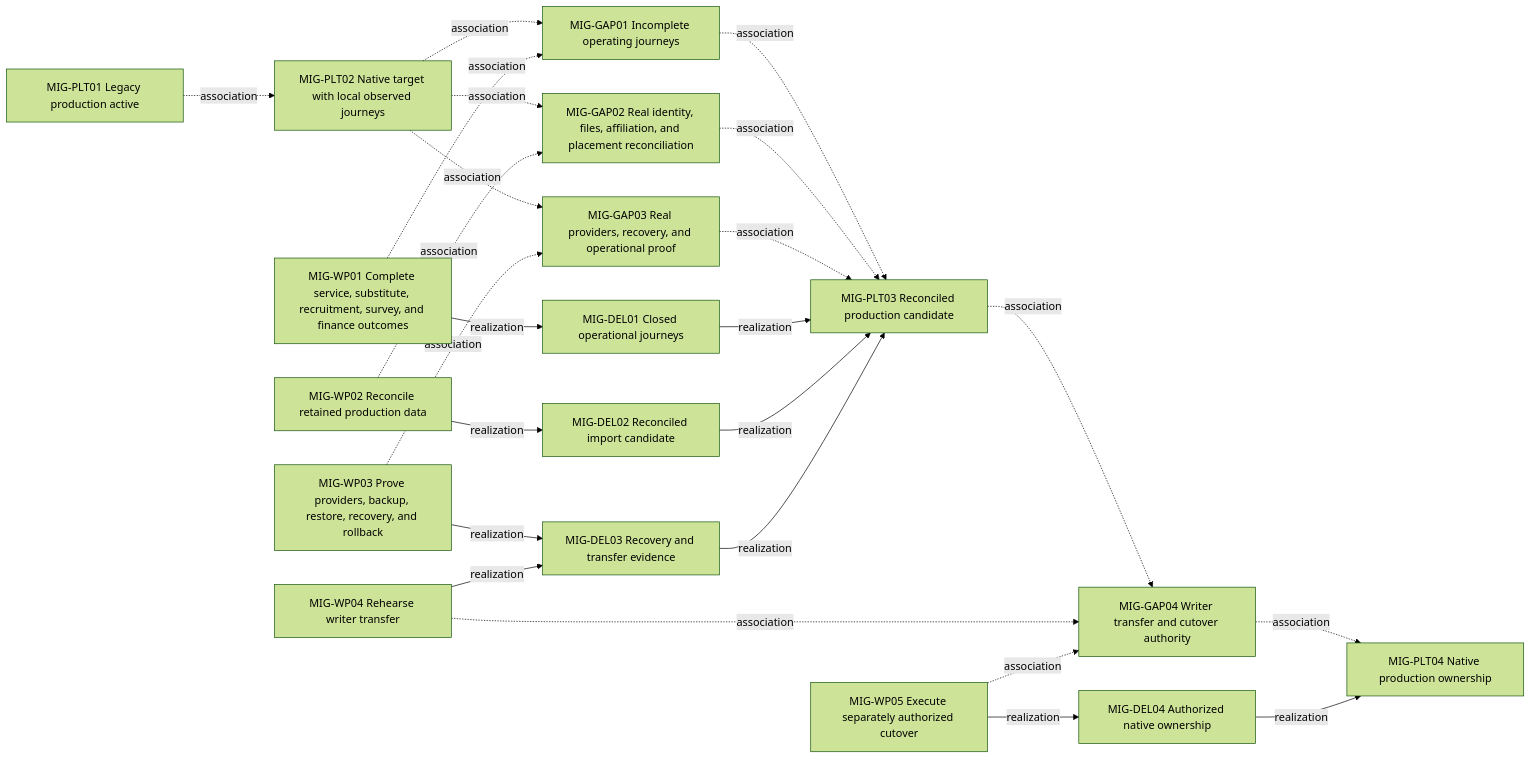
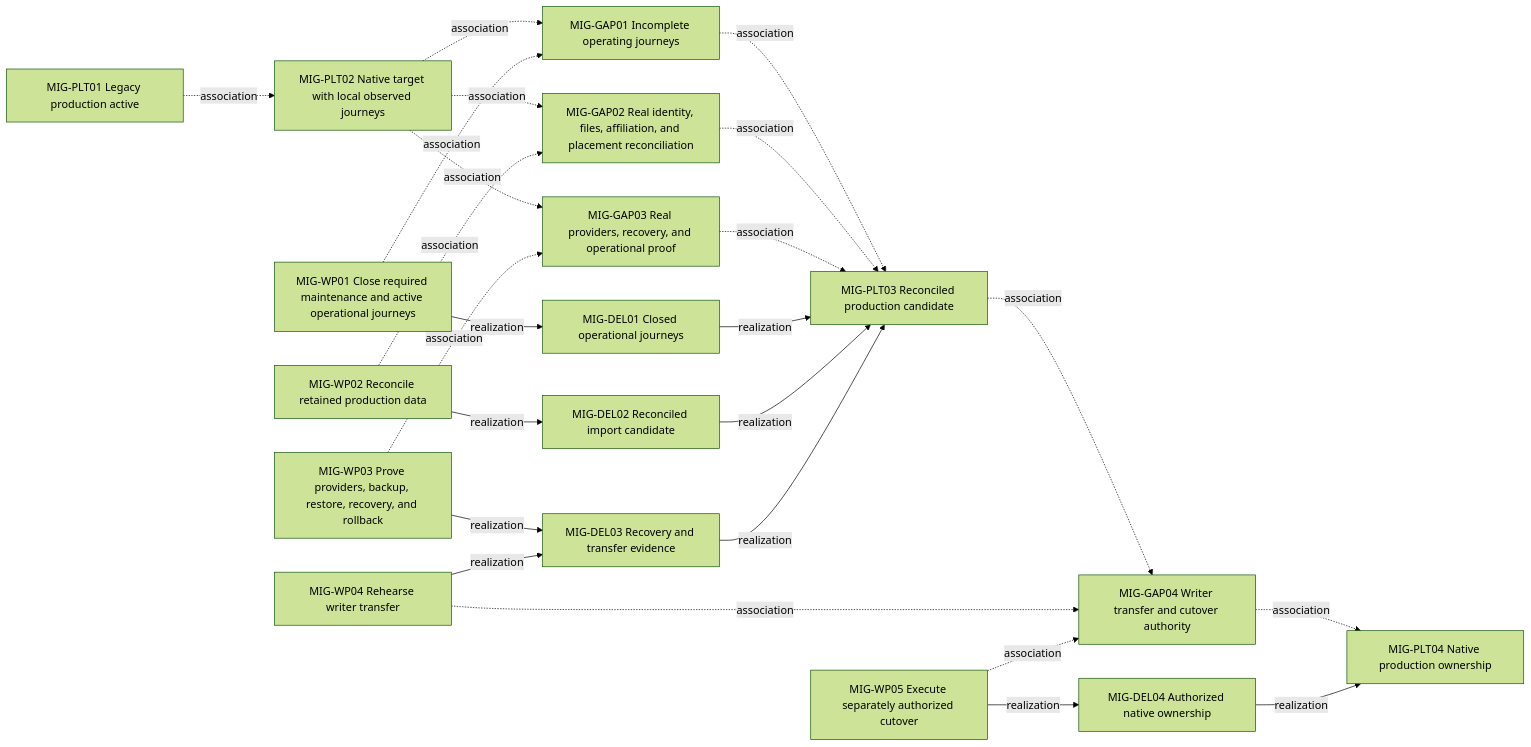
Before and after one commit to vektorprogrammet/mono-web: diagram 13 of 13 in docs/enterprise-models.md, drawn with Mermaid (forest theme). The commit also changed other lines of this file and 995 other files, not shown here.

````diff
--- a/docs/enterprise-models.md
+++ b/docs/enterprise-models.md
@@ -529,49 +546,49 @@
 ```mermaid
 flowchart LR
   PL01["MIG-PLT01 Legacy production active"]
   PL02["MIG-PLT02 Native target with local observed journeys"]
   PL03["MIG-PLT03 Reconciled production candidate"]
   PL04["MIG-PLT04 Native production ownership"]
 
   GAP01["MIG-GAP01 Incomplete operating journeys"]
   GAP02["MIG-GAP02 Real identity, files, affiliation, and placement reconciliation"]
   GAP03["MIG-GAP03 Real providers, recovery, and operational proof"]
   GAP04["MIG-GAP04 Writer transfer and cutover authority"]
 
-  WP01["MIG-WP01 Complete service, substitute, recruitment, survey, and finance outcomes"]
+  WP01["MIG-WP01 Close required maintenance and active operational journeys"]
   WP02["MIG-WP02 Reconcile retained production data"]
   WP03["MIG-WP03 Prove providers, backup, restore, recovery, and rollback"]
   WP04["MIG-WP04 Rehearse writer transfer"]
   WP05["MIG-WP05 Execute separately authorized cutover"]
 
   DEL01["MIG-DEL01 Closed operational journeys"]
   DEL02["MIG-DEL02 Reconciled import candidate"]
   DEL03["MIG-DEL03 Recovery and transfer evidence"]
   DEL04["MIG-DEL04 Authorized native ownership"]
 
   PL01 -.->|association| PL02
   PL02 -.->|association| GAP01
   GAP01 -.->|association| PL03
   PL02 -.->|association| GAP02
   GAP02 -.->|association| PL03
   PL02 -.->|association| GAP03
   GAP03 -.->|association| PL03
   PL03 -.->|association| GAP04
   GAP04 -.->|association| PL04
 
   WP01 -.->|association| GAP01
   WP02 -.->|association| GAP02
   WP03 -.->|association| GAP03
   WP04 -.->|association| GAP04
   WP05 -.->|association| GAP04
 
   WP01 -->|realization| DEL01
   WP02 -->|realization| DEL02
   WP03 -->|realization| DEL03
   WP04 -->|realization| DEL03
   WP05 -->|realization| DEL04
   DEL01 -->|realization| PL03
   DEL02 -->|realization| PL03
   DEL03 -->|realization| PL03
   DEL04 -->|realization| PL04
 ```
````
